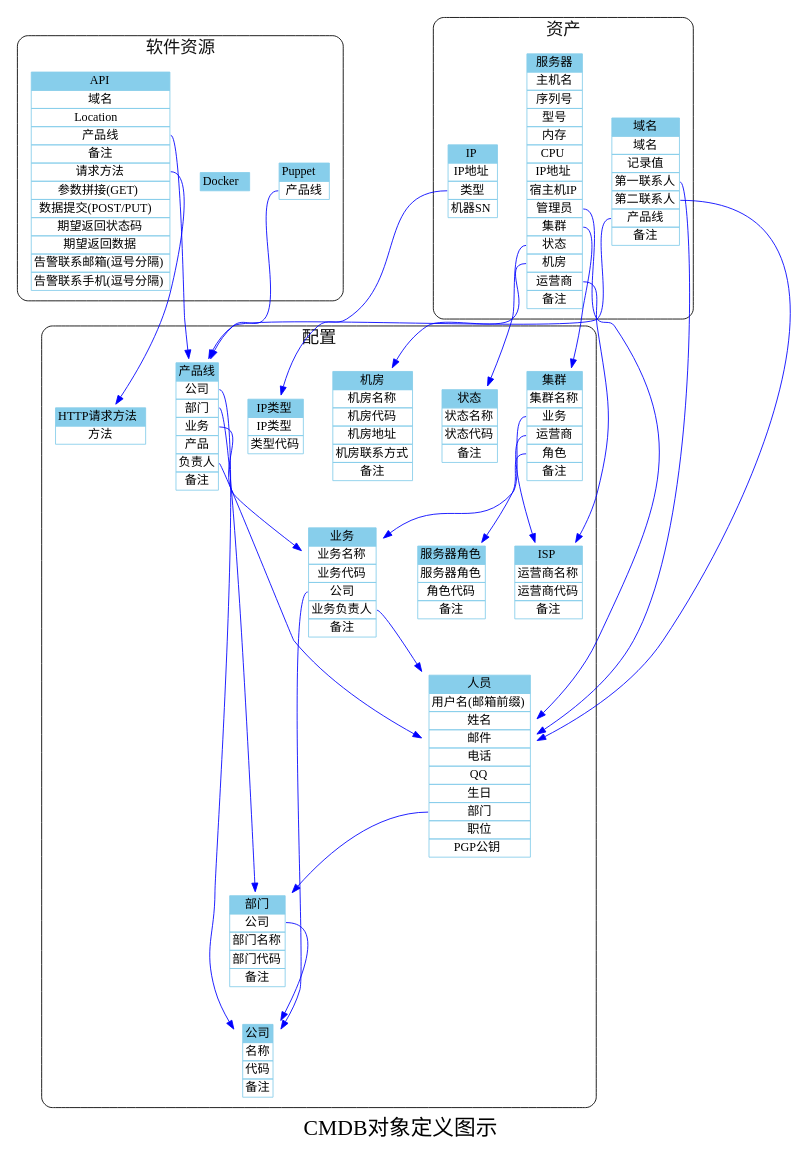
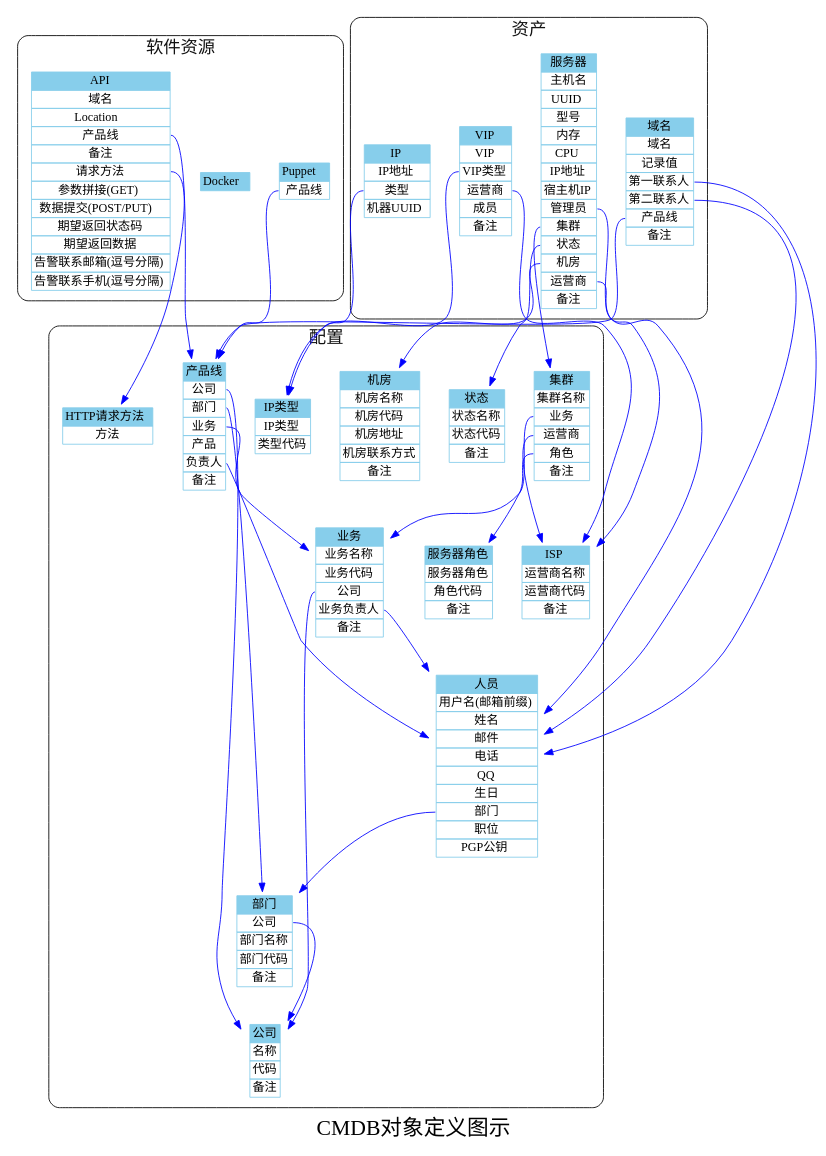
Before and after one commit to annProg/learn: the diagram in cmdb/yourcmdb/gen-object-xml/cmdb.dot, drawn with Graphviz. The commit also changed 13 other files, not shown here.

```diff
--- a/cmdb/yourcmdb/gen-object-xml/cmdb.dot
+++ b/cmdb/yourcmdb/gen-object-xml/cmdb.dot
@@ -1,67 +1,70 @@
 digraph cmdb {
  label="CMDB对象定义图示"; 
 fontsize=25;
  rankdir=TB;
     subgraph cluster_配置 {
          label="配置";
 fontsize=20;
 fontcolor=gray7;
  style="rounded";
 
         "HTTP请求方法" [color="skyblue", shape="plaintext", label=<<table border="0" cellborder="1" cellspacing="0" align="left"><tr><td bgcolor="skyblue">HTTP请求方法</td></tr><tr><td port="method">方法</td></tr></table>>];
         "IP类型" [color="skyblue", shape="plaintext", label=<<table border="0" cellborder="1" cellspacing="0" align="left"><tr><td bgcolor="skyblue">IP类型</td></tr><tr><td port="iptype">IP类型</td></tr><tr><td port="code">类型代码</td></tr></table>>];
         "ISP" [color="skyblue", shape="plaintext", label=<<table border="0" cellborder="1" cellspacing="0" align="left"><tr><td bgcolor="skyblue">ISP</td></tr><tr><td port="isp">运营商名称</td></tr><tr><td port="code">运营商代码</td></tr><tr><td port="comment">备注</td></tr></table>>];
         "部门":corp -> "公司" [color="blue",side="l"];
         "部门" [color="skyblue", shape="plaintext", label=<<table border="0" cellborder="1" cellspacing="0" align="left"><tr><td bgcolor="skyblue">部门</td></tr><tr><td port="corp">公司</td></tr><tr><td port="name">部门名称</td></tr><tr><td port="code">部门代码</td></tr><tr><td port="comment">备注</td></tr></table>>];
         "产品线":level1 -> "公司" [color="blue",side="l"];
         "产品线":level2 -> "部门" [color="blue",side="l"];
         "产品线":level3 -> "业务" [color="blue",side="l"];
         "产品线":contact -> "人员" [color="blue",side="l"];
         "产品线" [color="skyblue", shape="plaintext", label=<<table border="0" cellborder="1" cellspacing="0" align="left"><tr><td bgcolor="skyblue">产品线</td></tr><tr><td port="level1">公司</td></tr><tr><td port="level2">部门</td></tr><tr><td port="level3">业务</td></tr><tr><td port="level4">产品</td></tr><tr><td port="contact">负责人</td></tr><tr><td port="comment">备注</td></tr></table>>];
         "服务器角色" [color="skyblue", shape="plaintext", label=<<table border="0" cellborder="1" cellspacing="0" align="left"><tr><td bgcolor="skyblue">服务器角色</td></tr><tr><td port="role">服务器角色</td></tr><tr><td port="code">角色代码</td></tr><tr><td port="comment">备注</td></tr></table>>];
         "公司" [color="skyblue", shape="plaintext", label=<<table border="0" cellborder="1" cellspacing="0" align="left"><tr><td bgcolor="skyblue">公司</td></tr><tr><td port="name">名称</td></tr><tr><td port="code">代码</td></tr><tr><td port="comment">备注</td></tr></table>>];
         "机房" [color="skyblue", shape="plaintext", label=<<table border="0" cellborder="1" cellspacing="0" align="left"><tr><td bgcolor="skyblue">机房</td></tr><tr><td port="idc">机房名称</td></tr><tr><td port="code">机房代码</td></tr><tr><td port="address">机房地址</td></tr><tr><td port="contact">机房联系方式</td></tr><tr><td port="comment">备注</td></tr></table>>];
         "集群":business -> "业务" [color="blue",side="l"];
         "集群":isp -> "ISP" [color="blue",side="l"];
         "集群":role -> "服务器角色" [color="blue",side="l"];
         "集群" [color="skyblue", shape="plaintext", label=<<table border="0" cellborder="1" cellspacing="0" align="left"><tr><td bgcolor="skyblue">集群</td></tr><tr><td port="name">集群名称</td></tr><tr><td port="business">业务</td></tr><tr><td port="isp">运营商</td></tr><tr><td port="role">角色</td></tr><tr><td port="comment">备注</td></tr></table>>];
         "人员":depart -> "部门" [color="blue",side="l"];
         "人员" [color="skyblue", shape="plaintext", label=<<table border="0" cellborder="1" cellspacing="0" align="left"><tr><td bgcolor="skyblue">人员</td></tr><tr><td port="staff">用户名(邮箱前缀)</td></tr><tr><td port="name">姓名</td></tr><tr><td port="email">邮件</td></tr><tr><td port="phone">电话</td></tr><tr><td port="qq">QQ</td></tr><tr><td port="birth">生日</td></tr><tr><td port="depart">部门</td></tr><tr><td port="title">职位</td></tr><tr><td port="pgppub">PGP公钥</td></tr></table>>];
         "业务":corp -> "公司" [color="blue",side="l"];
         "业务":contact -> "人员" [color="blue",side="l"];
         "业务" [color="skyblue", shape="plaintext", label=<<table border="0" cellborder="1" cellspacing="0" align="left"><tr><td bgcolor="skyblue">业务</td></tr><tr><td port="name">业务名称</td></tr><tr><td port="code">业务代码</td></tr><tr><td port="corp">公司</td></tr><tr><td port="contact">业务负责人</td></tr><tr><td port="comment">备注</td></tr></table>>];
         "状态" [color="skyblue", shape="plaintext", label=<<table border="0" cellborder="1" cellspacing="0" align="left"><tr><td bgcolor="skyblue">状态</td></tr><tr><td port="status">状态名称</td></tr><tr><td port="code">状态代码</td></tr><tr><td port="comment">备注</td></tr></table>>];
 }
     subgraph cluster_软件资源 {
          label="软件资源";
 fontsize=20;
 fontcolor=gray7;
  style="rounded";
 
         "API":product -> "产品线" [color="blue",side="l"];
         "API":method -> "HTTP请求方法" [color="blue",side="l"];
         "API" [color="skyblue", shape="plaintext", label=<<table border="0" cellborder="1" cellspacing="0" align="left"><tr><td bgcolor="skyblue">API</td></tr><tr><td port="domain">域名</td></tr><tr><td port="location">Location</td></tr><tr><td port="product">产品线</td></tr><tr><td port="comment">备注</td></tr><tr><td port="method">请求方法</td></tr><tr><td port="param">参数拼接(GET)</td></tr><tr><td port="data">数据提交(POST/PUT)</td></tr><tr><td port="responsecode">期望返回状态码</td></tr><tr><td port="responsedata">期望返回数据</td></tr><tr><td port="alertemail">告警联系邮箱(逗号分隔)</td></tr><tr><td port="alertphone">告警联系手机(逗号分隔)</td></tr></table>>];
         "Docker" [color="skyblue", shape="plaintext", label=<<table border="0" cellborder="1" cellspacing="0" align="left"><tr><td bgcolor="skyblue">Docker</td></tr></table>>];
         "Puppet":product -> "产品线" [color="blue",side="l"];
         "Puppet" [color="skyblue", shape="plaintext", label=<<table border="0" cellborder="1" cellspacing="0" align="left"><tr><td bgcolor="skyblue">Puppet</td></tr><tr><td port="product">产品线</td></tr></table>>];
 }
     subgraph cluster_资产 {
          label="资产";
 fontsize=20;
 fontcolor=gray7;
  style="rounded";
 
         "IP":iptype -> "IP类型" [color="blue",side="l"];
-        "IP" [color="skyblue", shape="plaintext", label=<<table border="0" cellborder="1" cellspacing="0" align="left"><tr><td bgcolor="skyblue">IP</td></tr><tr><td port="ip">IP地址</td></tr><tr><td port="iptype">类型</td></tr><tr><td port="sn">机器SN</td></tr></table>>];
+        "IP" [color="skyblue", shape="plaintext", label=<<table border="0" cellborder="1" cellspacing="0" align="left"><tr><td bgcolor="skyblue">IP</td></tr><tr><td port="ip">IP地址</td></tr><tr><td port="iptype">类型</td></tr><tr><td port="uuid">机器UUID</td></tr></table>>];
+        "VIP":type -> "IP类型" [color="blue",side="l"];
+        "VIP":isp -> "ISP" [color="blue",side="l"];
+        "VIP" [color="skyblue", shape="plaintext", label=<<table border="0" cellborder="1" cellspacing="0" align="left"><tr><td bgcolor="skyblue">VIP</td></tr><tr><td port="ip">VIP</td></tr><tr><td port="type">VIP类型</td></tr><tr><td port="isp">运营商</td></tr><tr><td port="member">成员</td></tr><tr><td port="comment">备注</td></tr></table>>];
         "服务器":administrator -> "人员" [color="blue",side="l"];
         "服务器":cluster -> "集群" [color="blue",side="l"];
         "服务器":status -> "状态" [color="blue",side="l"];
         "服务器":location -> "机房" [color="blue",side="l"];
         "服务器":isp -> "ISP" [color="blue",side="l"];
-        "服务器" [color="skyblue", shape="plaintext", label=<<table border="0" cellborder="1" cellspacing="0" align="left"><tr><td bgcolor="skyblue">服务器</td></tr><tr><td port="hostname">主机名</td></tr><tr><td port="sn">序列号</td></tr><tr><td port="model">型号</td></tr><tr><td port="mem">内存</td></tr><tr><td port="cpu">CPU</td></tr><tr><td port="ip">IP地址</td></tr><tr><td port="hypervisor-ip">宿主机IP</td></tr><tr><td port="administrator">管理员</td></tr><tr><td port="cluster">集群</td></tr><tr><td port="status">状态</td></tr><tr><td port="location">机房</td></tr><tr><td port="isp">运营商</td></tr><tr><td port="comment">备注</td></tr></table>>];
+        "服务器" [color="skyblue", shape="plaintext", label=<<table border="0" cellborder="1" cellspacing="0" align="left"><tr><td bgcolor="skyblue">服务器</td></tr><tr><td port="hostname">主机名</td></tr><tr><td port="uuid">UUID</td></tr><tr><td port="model">型号</td></tr><tr><td port="mem">内存</td></tr><tr><td port="cpu">CPU</td></tr><tr><td port="ip">IP地址</td></tr><tr><td port="hypervisor-ip">宿主机IP</td></tr><tr><td port="administrator">管理员</td></tr><tr><td port="cluster">集群</td></tr><tr><td port="status">状态</td></tr><tr><td port="location">机房</td></tr><tr><td port="isp">运营商</td></tr><tr><td port="comment">备注</td></tr></table>>];
         "域名":contact1 -> "人员" [color="blue",side="l"];
         "域名":contact2 -> "人员" [color="blue",side="l"];
         "域名":product -> "产品线" [color="blue",side="l"];
         "域名" [color="skyblue", shape="plaintext", label=<<table border="0" cellborder="1" cellspacing="0" align="left"><tr><td bgcolor="skyblue">域名</td></tr><tr><td port="domain">域名</td></tr><tr><td port="record">记录值</td></tr><tr><td port="contact1">第一联系人</td></tr><tr><td port="contact2">第二联系人</td></tr><tr><td port="product">产品线</td></tr><tr><td port="comment">备注</td></tr></table>>];
 }
 }
```
